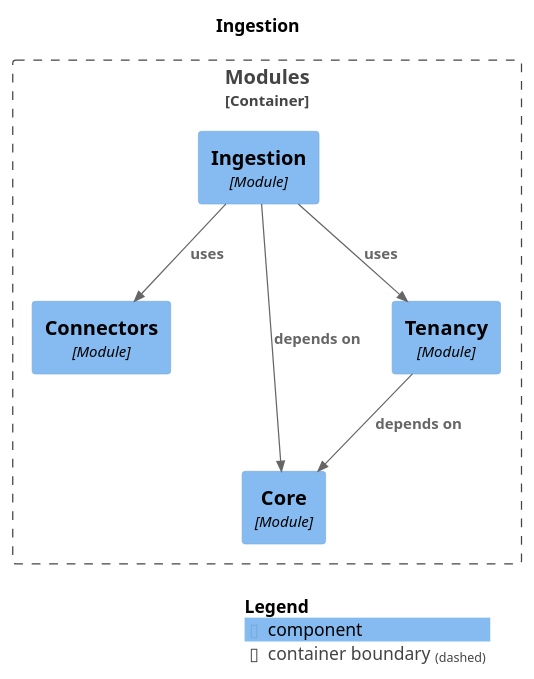
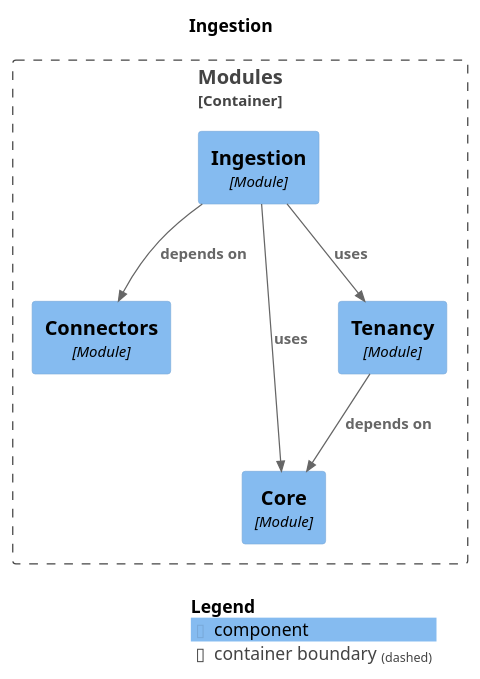
The diagram in docs/architecture/generated/modulith/module-ingestion.puml (aliemrahpekesen/eKingProducitivtyMeter), drawn with PlantUML before and after one commit. The commit also changed 4 other files, not shown here.

First line of the commit message:
docs(work): M2b wave-1 task record, DEBT-017/018 updates, regenerated diagrams [TASK-0021]

```diff
--- a/docs/architecture/generated/modulith/module-ingestion.puml
+++ b/docs/architecture/generated/modulith/module-ingestion.puml
@@ -1,24 +1,24 @@
 @startuml
 set separator none
 title Ingestion
 
 top to bottom direction
 
 !include <C4/C4>
 !include <C4/C4_Context>
 !include <C4/C4_Component>
 
 Container_Boundary("Modules.Modules_boundary", "Modules", $tags="") {
   Component(Modules.Modules.Connectors, "Connectors", $techn="Module", $descr="", $tags="", $link="")
   Component(Modules.Modules.Core, "Core", $techn="Module", $descr="", $tags="", $link="")
   Component(Modules.Modules.Ingestion, "Ingestion", $techn="Module", $descr="", $tags="", $link="")
   Component(Modules.Modules.Tenancy, "Tenancy", $techn="Module", $descr="", $tags="", $link="")
 }
 
+Rel(Modules.Modules.Ingestion, Modules.Modules.Connectors, "depends on", $techn="", $tags="", $link="")
+Rel(Modules.Modules.Ingestion, Modules.Modules.Tenancy, "uses", $techn="", $tags="", $link="")
+Rel(Modules.Modules.Ingestion, Modules.Modules.Core, "uses", $techn="", $tags="", $link="")
 Rel(Modules.Modules.Tenancy, Modules.Modules.Core, "depends on", $techn="", $tags="", $link="")
-Rel(Modules.Modules.Ingestion, Modules.Modules.Core, "depends on", $techn="", $tags="", $link="")
-Rel(Modules.Modules.Ingestion, Modules.Modules.Tenancy, "uses", $techn="", $tags="", $link="")
-Rel(Modules.Modules.Ingestion, Modules.Modules.Connectors, "uses", $techn="", $tags="", $link="")
 
 SHOW_LEGEND(true)
 @enduml
```
